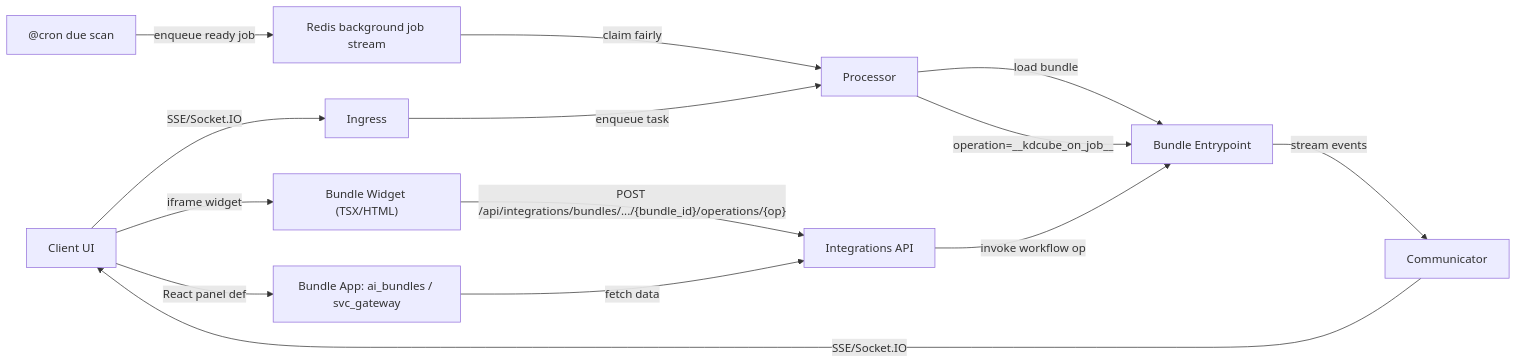
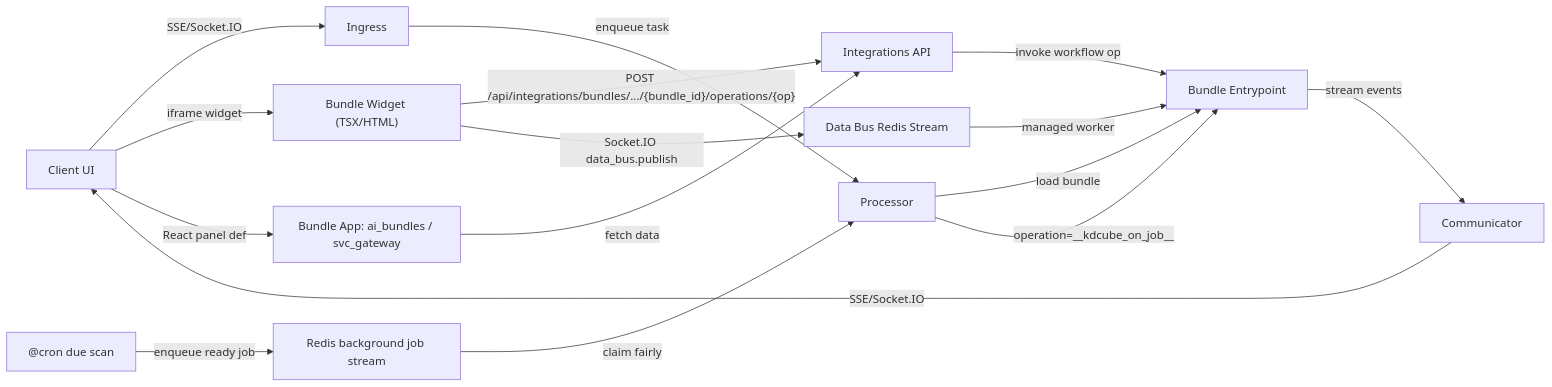
The first of 4 diagrams in app/ai-app/docs/sdk/bundle/bundle-interfaces-README.md (kdcube/kdcube), drawn with Mermaid before and after one commit. The commit also changed other lines of this file and 32 other files, not shown here.

Commit message:
Implement bundle Data Bus runtime

````diff
--- a/app/ai-app/docs/sdk/bundle/bundle-interfaces-README.md
+++ b/app/ai-app/docs/sdk/bundle/bundle-interfaces-README.md
@@ -34,19 +36,21 @@
 ```mermaid
 graph LR
   UI[Client UI] -->|SSE/Socket.IO| ING[Ingress]
   ING -->|enqueue task| PROC[Processor]
   PROC -->|load bundle| BUNDLE[Bundle Entrypoint]
   BUNDLE -->|stream events| COMM[Communicator]
   COMM -->|SSE/Socket.IO| UI
 
   UI -->|"iframe widget"| WIDGET["Bundle Widget (TSX/HTML)"]
   WIDGET -->|"POST /api/integrations/bundles/.../{bundle_id}/operations/{op}"| OPS["Integrations API"]
   OPS -->|invoke workflow op| BUNDLE
+  WIDGET -->|"Socket.IO data_bus.publish"| DBUS["Data Bus Redis Stream"]
+  DBUS -->|"managed worker"| BUNDLE
 
   CRON["@cron due scan"] -->|enqueue ready job| JOBS["Redis background job stream"]
   JOBS -->|claim fairly| PROC
   PROC -->|"operation=__kdcube_on_job__"| BUNDLE
 
   UI -->|React panel def| PANEL[Bundle App: ai_bundles / svc_gateway]
   PANEL -->|fetch data| OPS
 ```
````
